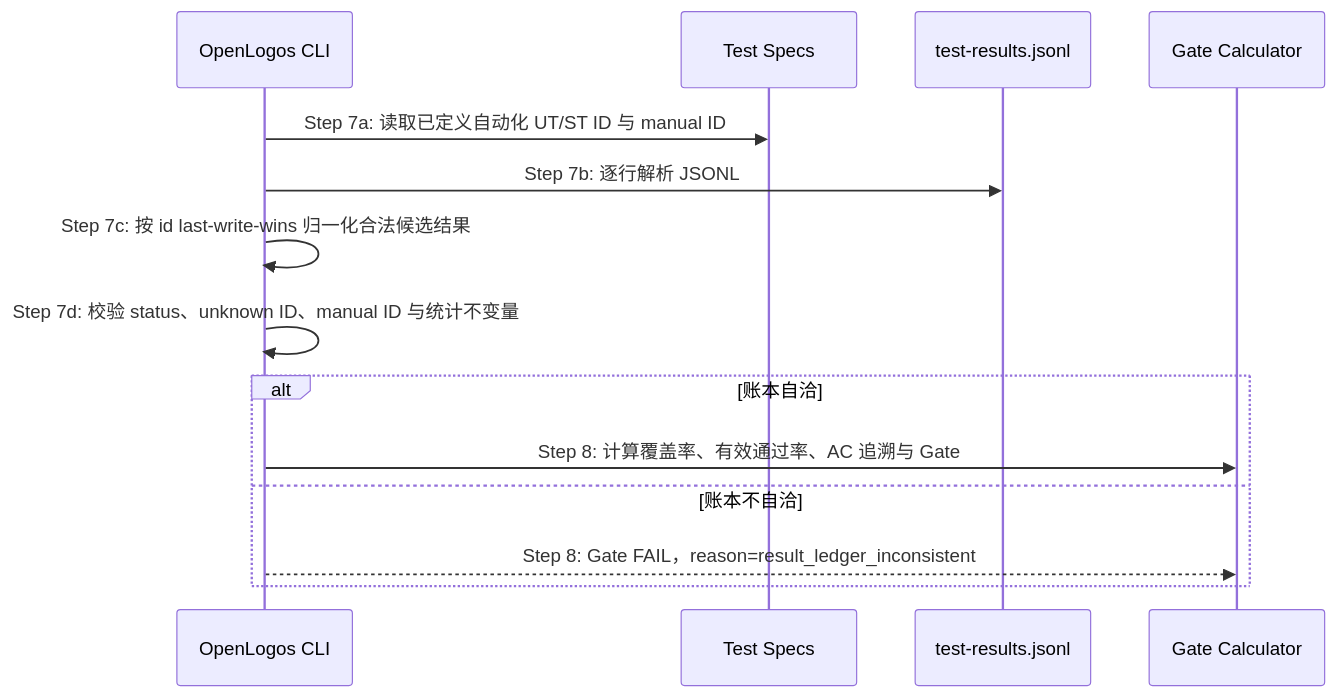
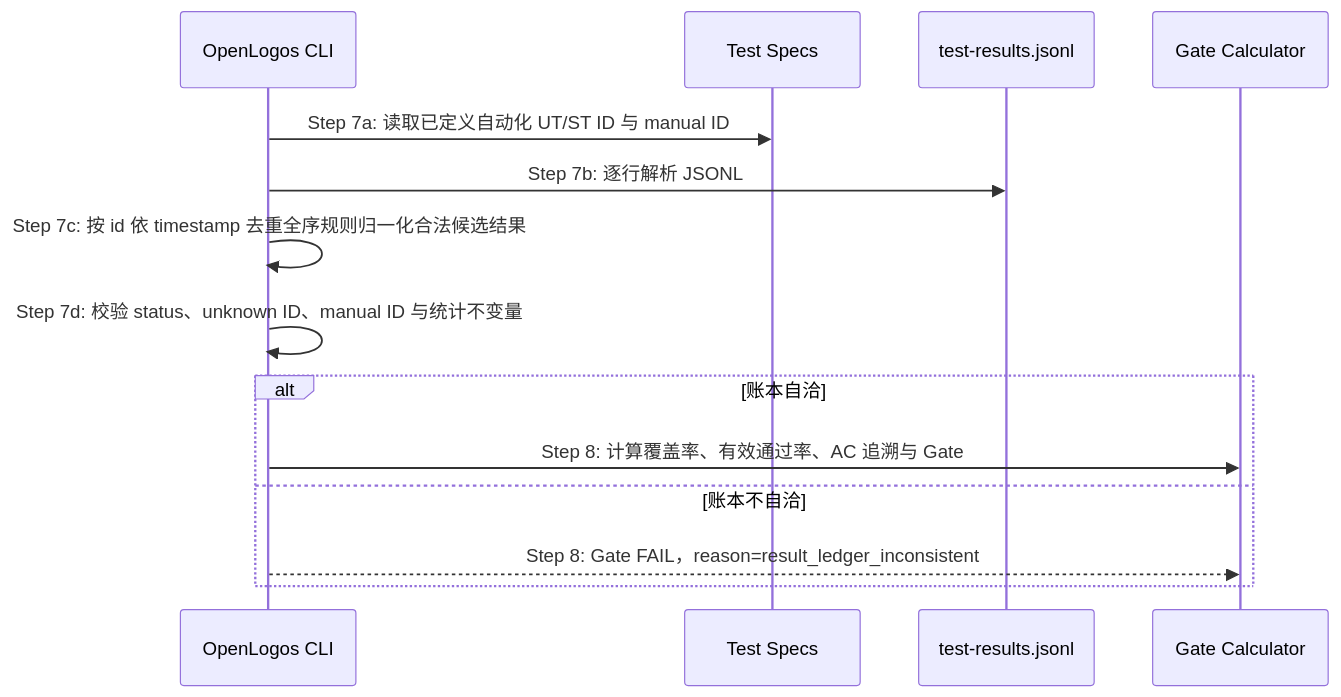
One commit to miniidealab/openlogos changed the second of 4 diagrams in logos/resources/prd/3-technical-plan/2-scenario-implementation/core-S13-verify-results.md. Above: the diagram before and after it, drawn with Mermaid. The commit also changed other lines of this file and 131 other files, not shown here.

````diff
--- a/logos/resources/prd/3-technical-plan/2-scenario-implementation/core-S13-verify-results.md
+++ b/logos/resources/prd/3-technical-plan/2-scenario-implementation/core-S13-verify-results.md
@@ -80,17 +80,17 @@
 ```mermaid
 sequenceDiagram
     participant C as OpenLogos CLI
     participant S as Test Specs
     participant R as test-results.jsonl
     participant G as Gate Calculator
 
     C->>S: Step 7a: 读取已定义自动化 UT/ST ID 与 manual ID
     C->>R: Step 7b: 逐行解析 JSONL
-    C->>C: Step 7c: 按 id last-write-wins 归一化合法候选结果
+    C->>C: Step 7c: 按 id 依 timestamp 去重全序规则归一化合法候选结果
     C->>C: Step 7d: 校验 status、unknown ID、manual ID 与统计不变量
     alt 账本自洽
         C->>G: Step 8: 计算覆盖率、有效通过率、AC 追溯与 Gate
     else 账本不自洽
         C-->>G: Step 8: Gate FAIL，reason=result_ledger_inconsistent
     end
 ```
````
